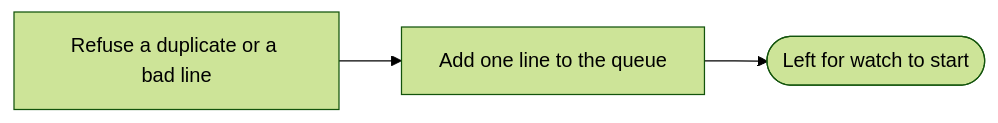
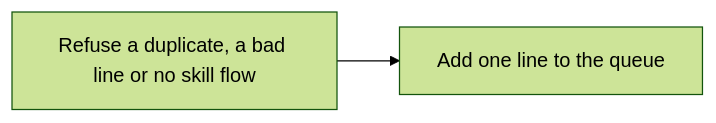
The third of 12 diagrams in docs/wiki/Delivery.md (jcl2018/agent-workflow-template), drawn with Mermaid (forest theme) before and after one commit. The commit also changed other lines of this file and 32 other files, not shown here.

First line of the commit message:
Delivery runs your own skill flow, unattended

````diff
--- a/docs/wiki/Delivery.md
+++ b/docs/wiki/Delivery.md
@@ -166,8 +123,6 @@
 ```mermaid
 flowchart LR
-  a["Refuse a duplicate or a bad line"]
+  a["Refuse a duplicate, a bad line or no skill flow"]
   b["Add one line to the queue"]
-  c(["Left for watch to start"])
   a --> b
-  b --> c
 ```
````
